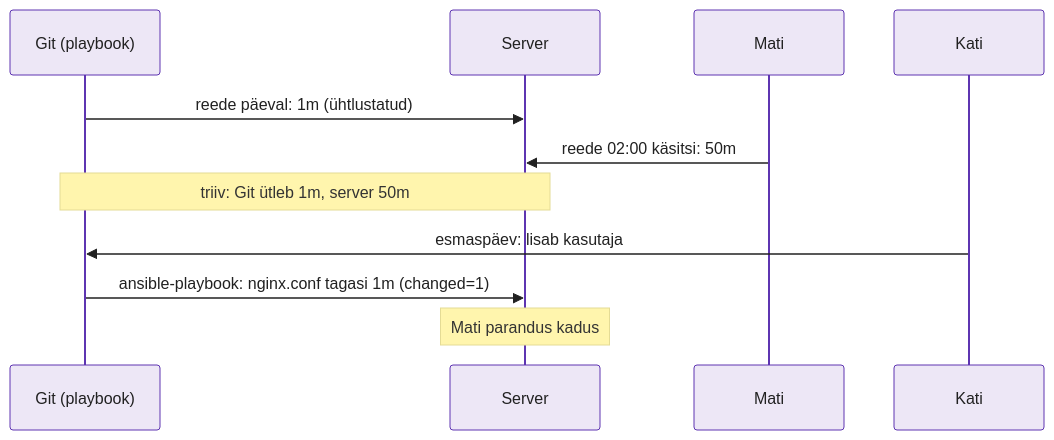
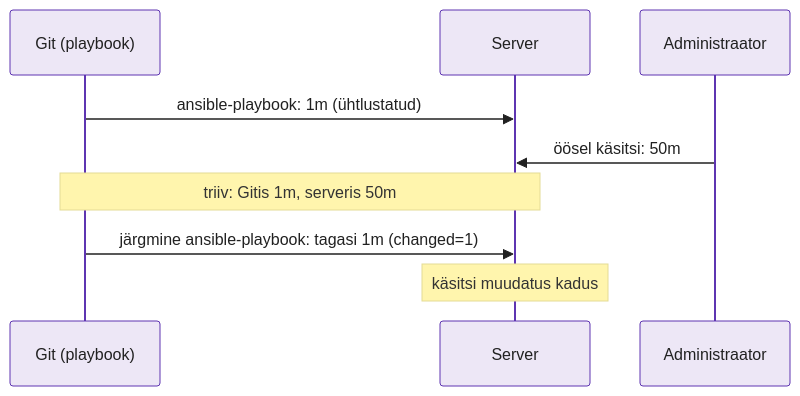
The third of 5 diagrams in docs/week09/lecture.md (hkhk-automation/devops), drawn with Mermaid before and after one commit. The commit also changed other lines of this file and 13 other files, not shown here.

````diff
--- a/docs/week09/lecture.md
+++ b/docs/week09/lecture.md
@@ -204,14 +182,12 @@
 ```mermaid
 %%{init: {'theme':'base','themeVariables':{'primaryColor':'#ede7f6','primaryBorderColor':'#5e35b1','primaryTextColor':'#212121','lineColor':'#7e57c2'}}}%%
 sequenceDiagram
     participant G as Git (playbook)
     participant S as Server
-    participant M as Mati
-    participant K as Kati
-    G->>S: reede päeval: 1m (ühtlustatud)
-    M->>S: reede 02:00 käsitsi: 50m
-    Note over G,S: triiv: Git ütleb 1m, server 50m
-    K->>G: esmaspäev: lisab kasutaja
-    G->>S: ansible-playbook: nginx.conf tagasi 1m (changed=1)
-    Note over S: Mati parandus kadus
+    participant A as Administraator
+    G->>S: ansible-playbook: 1m (ühtlustatud)
+    A->>S: öösel käsitsi: 50m
+    Note over G,S: triiv: Gitis 1m, serveris 50m
+    G->>S: järgmine ansible-playbook: tagasi 1m (changed=1)
+    Note over S: käsitsi muudatus kadus
 ```
````
